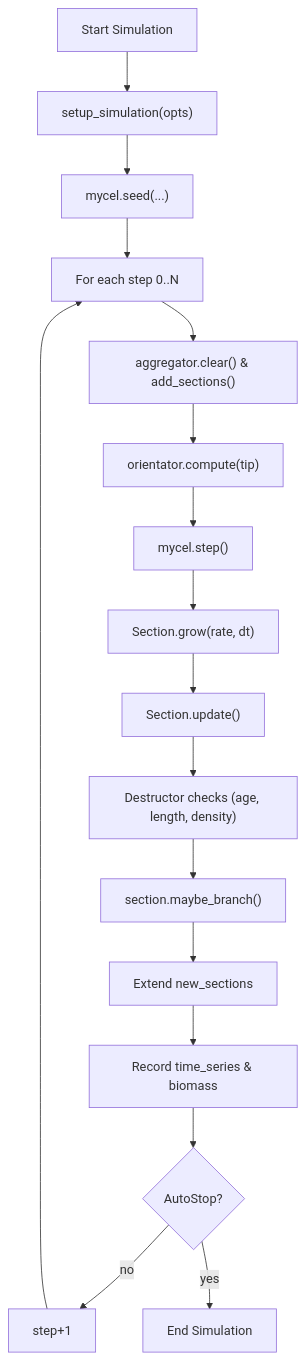
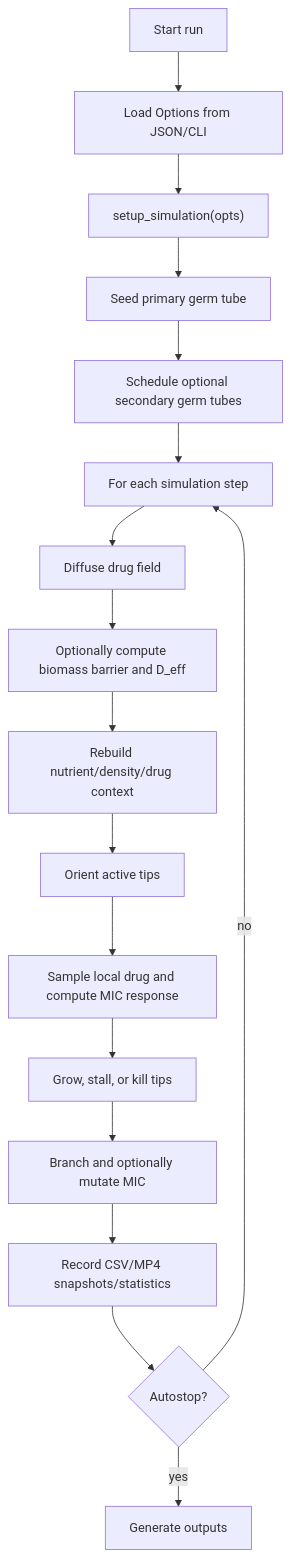
One commit to ETancredi/pycelium changed the diagram in README.md. Above: the diagram before and after it, drawn with Mermaid. The commit also changed other lines of this file, not shown here.

````diff
--- a/README.md
+++ b/README.md
@@ -123,25 +426,24 @@
 ```mermaid
 flowchart TD
-    Start["Start Simulation"]
+    Start["Start run"]
+    Load["Load Options from JSON/CLI"]
     Setup["setup_simulation(opts)"]
-    Seed["mycel.seed(...)"]
-    Loop["For each step 0..N"]
-    FieldAgg["aggregator.clear() & add_sections()"]
-    Orient["orientator.compute(tip)"]
-    MycelStep["mycel.step()"]
-    Grow["Section.grow(rate, dt)"]
-    Update["Section.update()"]
-    Destruct["Destructor checks (age, length, density)"]
-    Branch["section.maybe_branch()"]
-    Append["Extend new_sections"]
-    Record["Record time_series & biomass"]
-    Check{"AutoStop?"}
-    NextStep["step+1"]
+    Seed["Seed primary germ tube"]
+    Secondary["Schedule optional secondary germ tubes"]
+    Loop["For each simulation step"]
+    Drug["Diffuse drug field"]
+    Biofilm["Optionally compute biomass barrier and D_eff"]
+    Aggregate["Rebuild nutrient/density/drug context"]
+    Orient["Orient active tips"]
+    Response["Sample local drug and compute MIC response"]
+    Grow["Grow, stall, or kill tips"]
+    Branch["Branch and optionally mutate MIC"]
+    Record["Record CSV/MP4 snapshots/statistics"]
+    Stop{"Autostop?"}
+    Output["Generate outputs"]
 
-    Start --> Setup --> Seed --> Loop
-    Loop --> FieldAgg --> Orient --> MycelStep
-    MycelStep --> Grow --> Update --> Destruct --> Branch --> Append --> Record
-    Record --> Check
-    Check -- no --> NextStep --> Loop
-    Check -- yes --> End["End Simulation"]
+    Start --> Load --> Setup --> Seed --> Secondary --> Loop
+    Loop --> Drug --> Biofilm --> Aggregate --> Orient --> Response --> Grow --> Branch --> Record --> Stop
+    Stop -- no --> Loop
+    Stop -- yes --> Output
 ```
````
